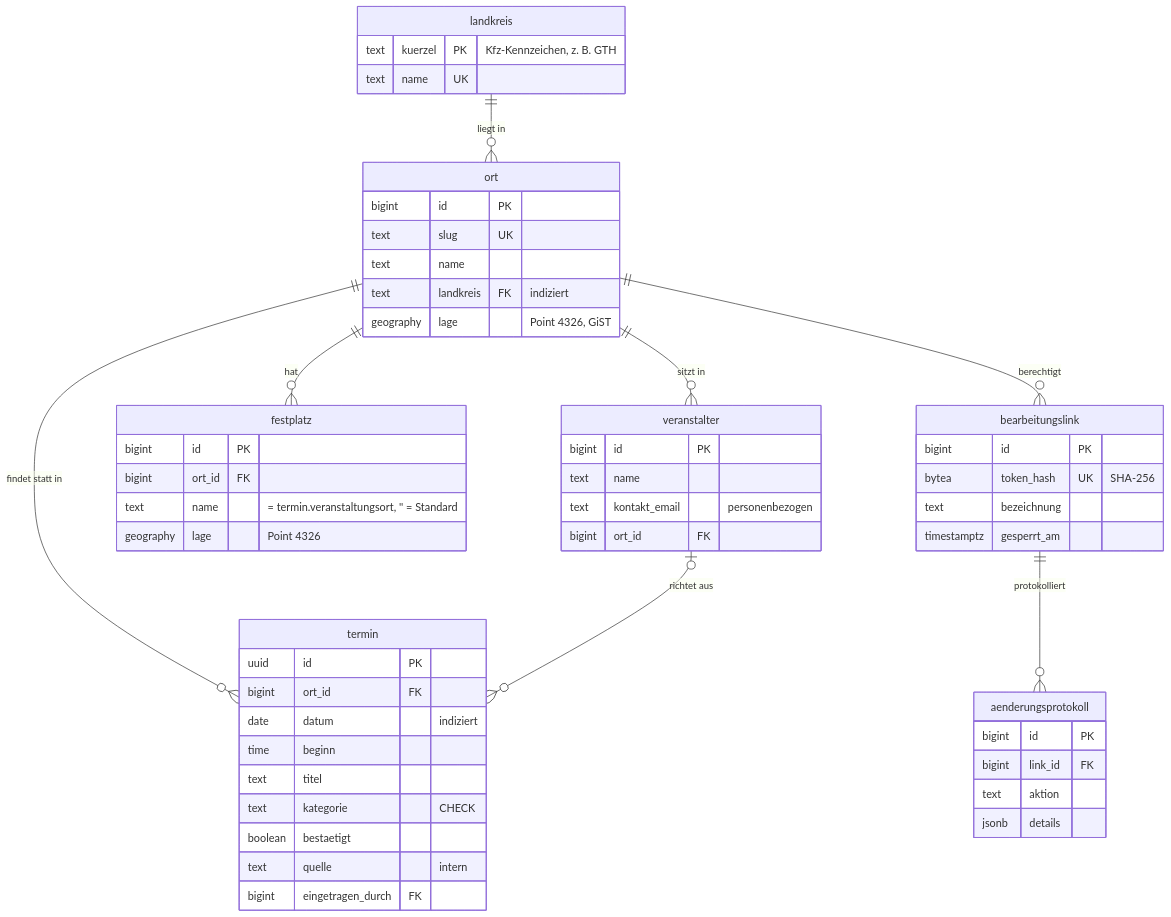
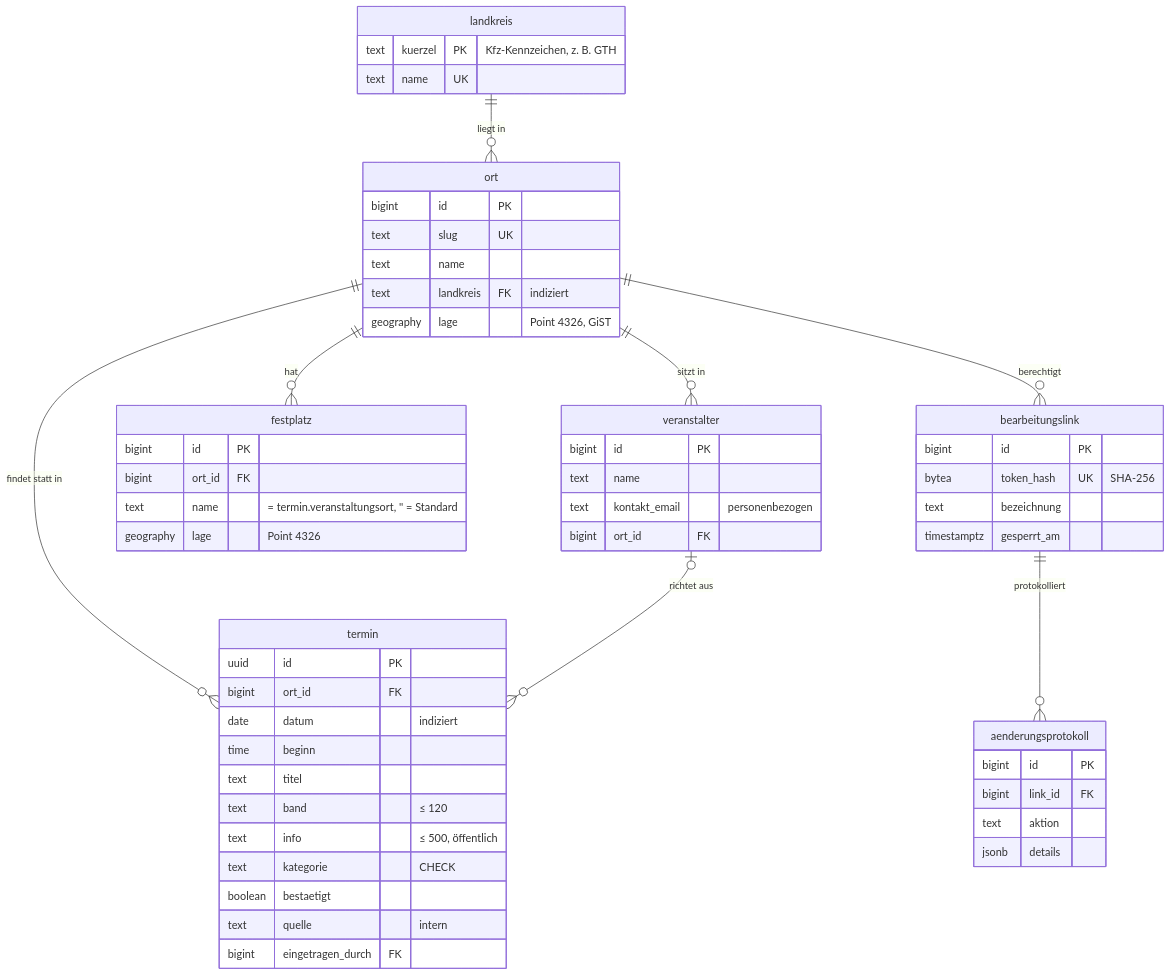
One commit to dschaell/kirmes-thueringen changed the third of 3 diagrams in docs/architecture/05-bausteinsicht.md. Above: the diagram before and after it, drawn with Mermaid. The commit also changed other lines of this file and 29 other files, not shown here.

````diff
--- a/docs/architecture/05-bausteinsicht.md
+++ b/docs/architecture/05-bausteinsicht.md
@@ -118,17 +118,17 @@
 ```mermaid
 erDiagram
   landkreis ||--o{ ort : "liegt in"
   ort ||--o{ termin : "findet statt in"
   ort ||--o{ veranstalter : "sitzt in"
   ort ||--o{ festplatz : "hat"
   ort ||--o{ bearbeitungslink : "berechtigt"
   bearbeitungslink ||--o{ aenderungsprotokoll : "protokolliert"
   veranstalter |o--o{ termin : "richtet aus"
   landkreis { text kuerzel PK "Kfz-Kennzeichen, z. B. GTH" text name UK }
   ort { bigint id PK text slug UK text name text landkreis FK "indiziert" geography lage "Point 4326, GiST" }
   veranstalter { bigint id PK text name text kontakt_email "personenbezogen" bigint ort_id FK }
   festplatz { bigint id PK bigint ort_id FK text name "= termin.veranstaltungsort, '' = Standard" geography lage "Point 4326" }
   bearbeitungslink { bigint id PK bytea token_hash UK "SHA-256" text bezeichnung timestamptz gesperrt_am }
   aenderungsprotokoll { bigint id PK bigint link_id FK text aktion jsonb details }
-  termin { uuid id PK bigint ort_id FK date datum "indiziert" time beginn text titel text kategorie "CHECK" boolean bestaetigt text quelle "intern" bigint eingetragen_durch FK }
+  termin { uuid id PK bigint ort_id FK date datum "indiziert" time beginn text titel text band "≤ 120" text info "≤ 500, öffentlich" text kategorie "CHECK" boolean bestaetigt text quelle "intern" bigint eingetragen_durch FK }
 ```
````
